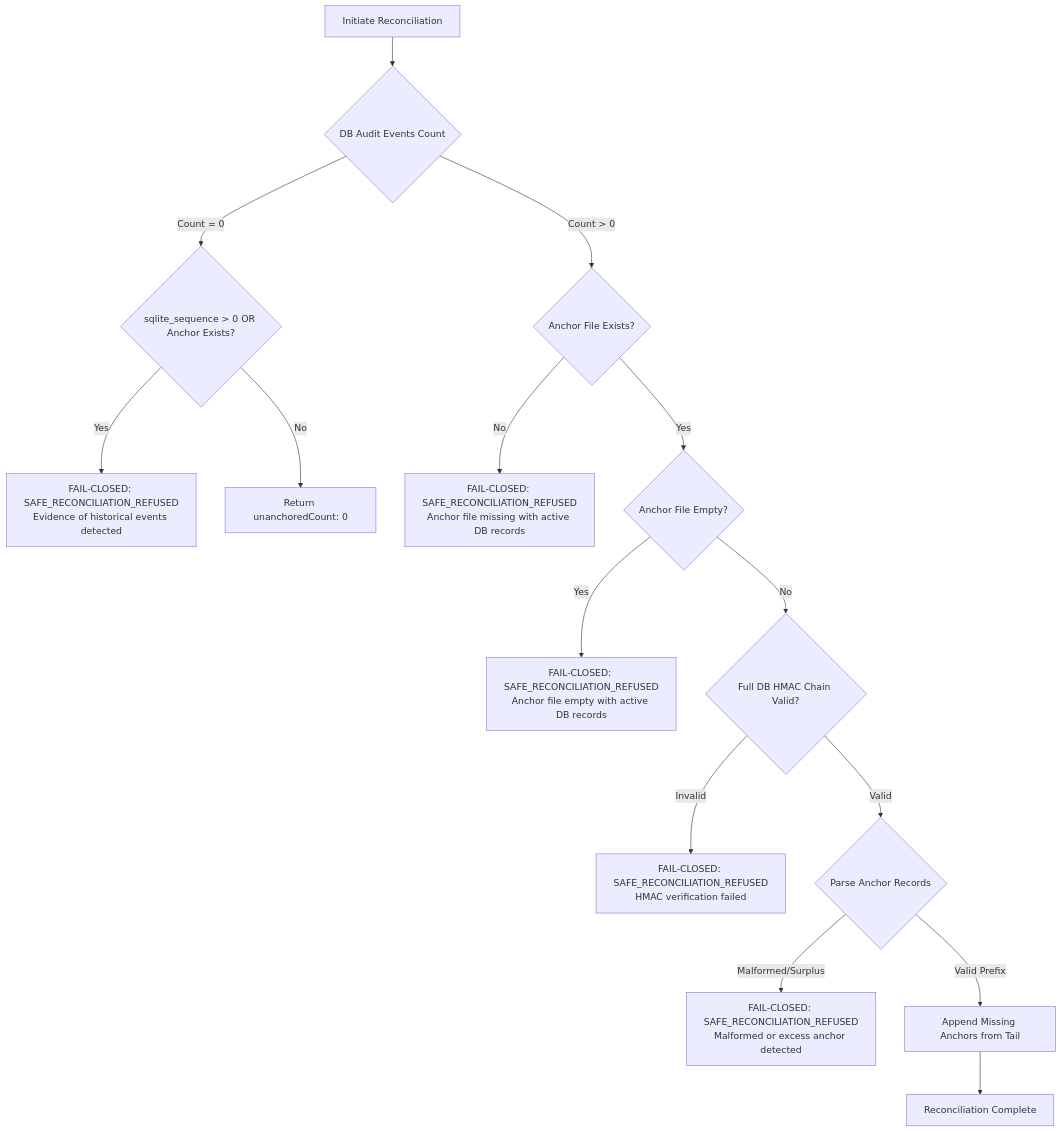
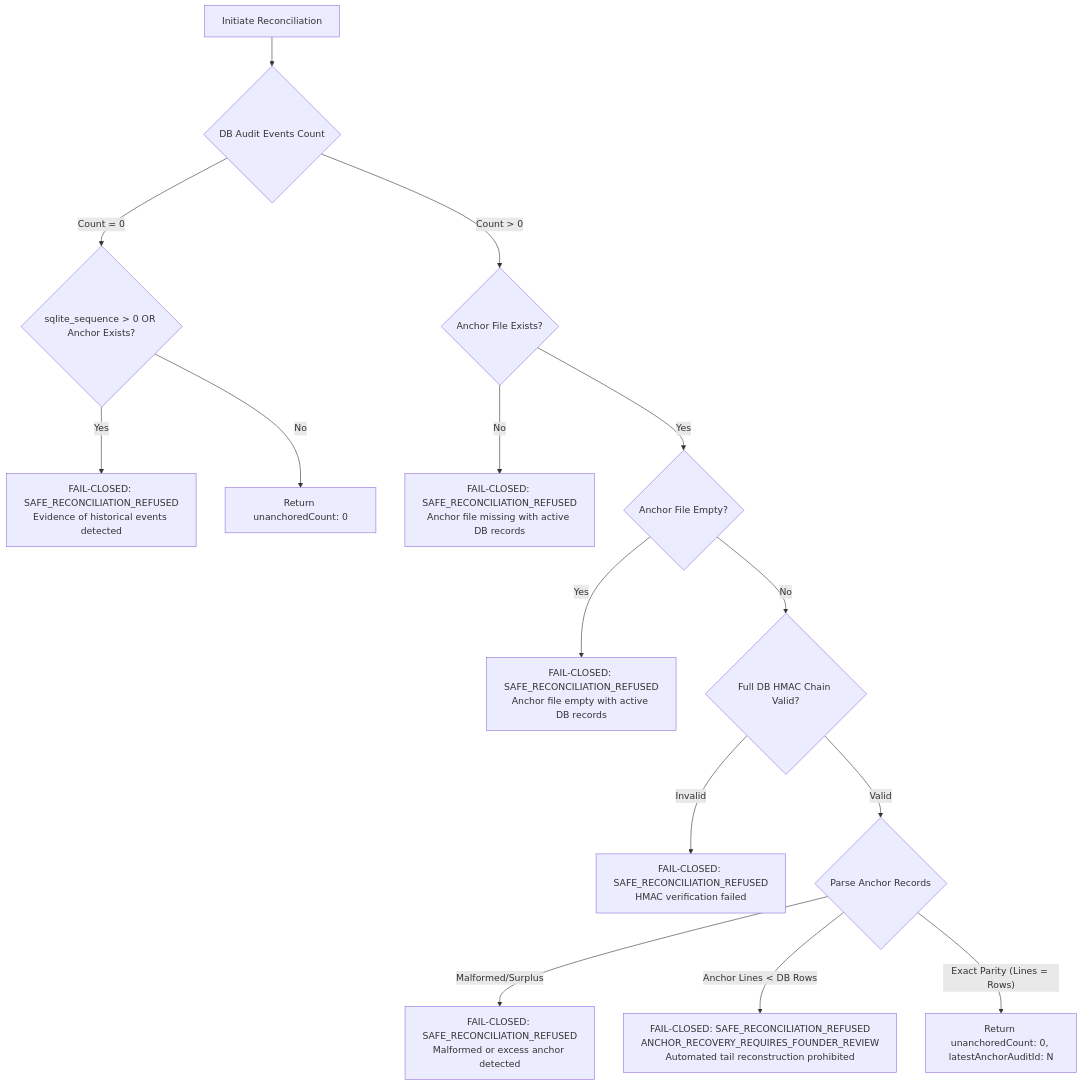
Before and after one commit to kietpro352010/AICO: the diagram in docs/implementation/v3/phase-0/V3_SECURITY_AND_DATABASE_SAFETY.md, drawn with Mermaid. The commit also changed other lines of this file and 6 other files, not shown here.

Commit message:
fix(security): eliminate unsafe audit anchor tail reconstruction and mandate Founder review (Phase 0.2)

````diff
--- a/docs/implementation/v3/phase-0/V3_SECURITY_AND_DATABASE_SAFETY.md
+++ b/docs/implementation/v3/phase-0/V3_SECURITY_AND_DATABASE_SAFETY.md
@@ -57,21 +57,21 @@
 ```mermaid
 flowchart TD
     Start[Initiate Reconciliation] --> CheckDB{DB Audit Events Count}
     
     CheckDB -- Count = 0 --> CheckSeq{sqlite_sequence > 0 OR Anchor Exists?}
     CheckSeq -- Yes --> RefuseWipe[FAIL-CLOSED: SAFE_RECONCILIATION_REFUSED\nEvidence of historical events detected]
     CheckSeq -- No --> SafeZero[Return unanchoredCount: 0]
     
     CheckDB -- Count > 0 --> CheckAnchorExist{Anchor File Exists?}
     CheckAnchorExist -- No --> RefuseMissing[FAIL-CLOSED: SAFE_RECONCILIATION_REFUSED\nAnchor file missing with active DB records]
     CheckAnchorExist -- Yes --> CheckAnchorEmpty{Anchor File Empty?}
     CheckAnchorEmpty -- Yes --> RefuseEmpty[FAIL-CLOSED: SAFE_RECONCILIATION_REFUSED\nAnchor file empty with active DB records]
     CheckAnchorEmpty -- No --> VerifyHMAC{Full DB HMAC Chain Valid?}
     
     VerifyHMAC -- Invalid --> RefuseTamper[FAIL-CLOSED: SAFE_RECONCILIATION_REFUSED\nHMAC verification failed]
     VerifyHMAC -- Valid --> ParseAnchors{Parse Anchor Records}
     
     ParseAnchors -- Malformed/Surplus --> RefuseCorrupt[FAIL-CLOSED: SAFE_RECONCILIATION_REFUSED\nMalformed or excess anchor detected]
-    ParseAnchors -- Valid Prefix --> AppendTail[Append Missing Anchors from Tail]
-    AppendTail --> Complete[Reconciliation Complete]
+    ParseAnchors -- Anchor Lines < DB Rows --> RefuseTail[FAIL-CLOSED: SAFE_RECONCILIATION_REFUSED\nANCHOR_RECOVERY_REQUIRES_FOUNDER_REVIEW\nAutomated tail reconstruction prohibited]
+    ParseAnchors -- Exact Parity (Lines = Rows) --> InSync[Return unanchoredCount: 0, latestAnchorAuditId: N]
 ```
````
